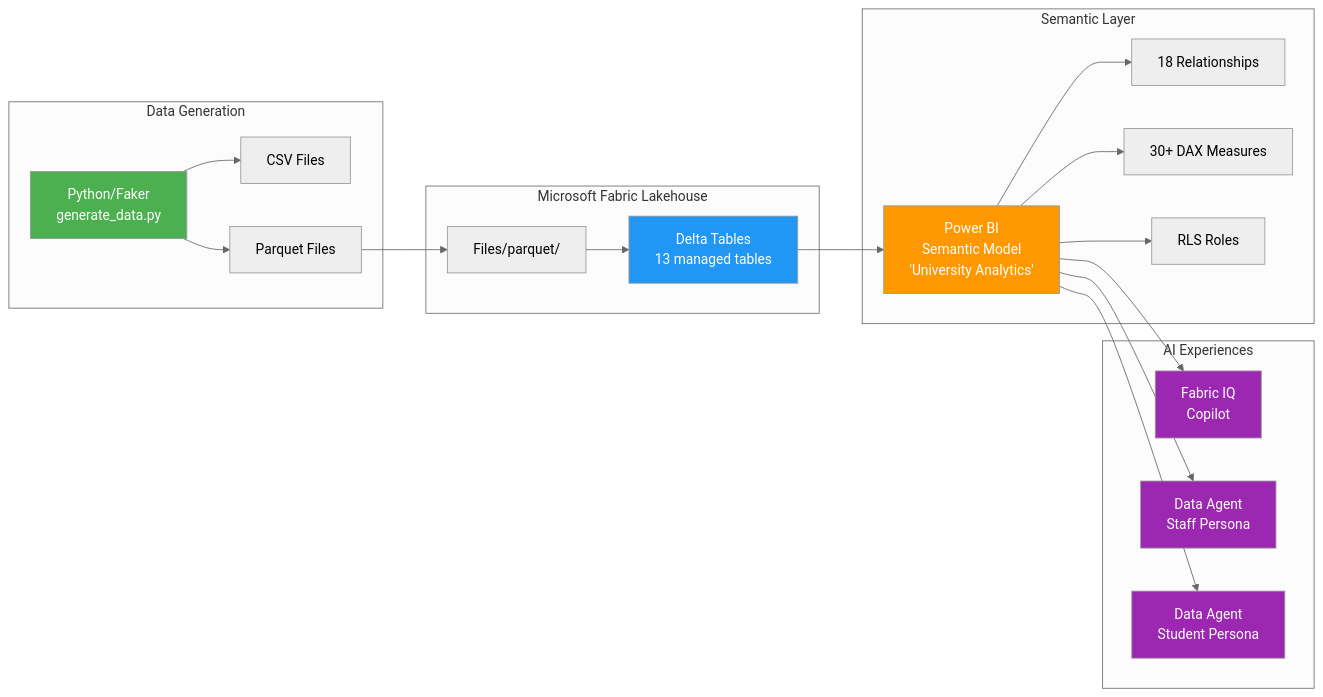
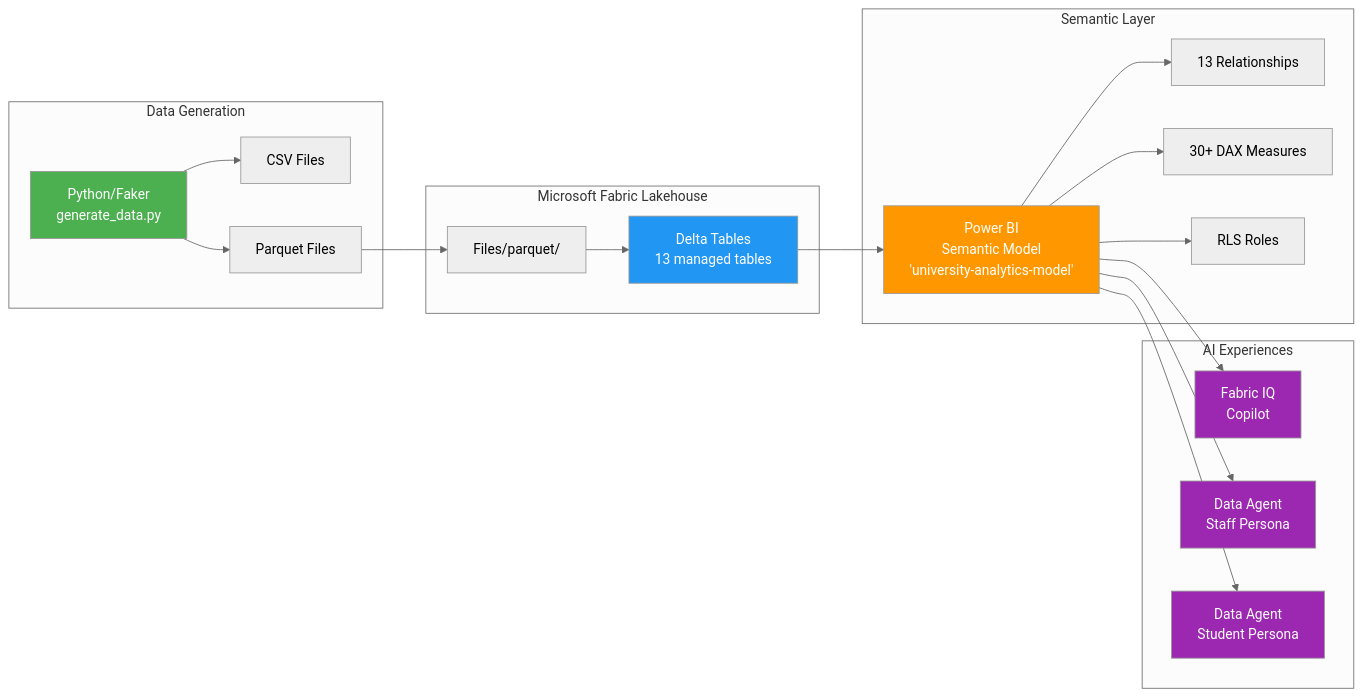
Before and after one commit to Maple0/fabric-edu-day: the first of 2 diagrams in docs/architecture_diagram.md, drawn with Mermaid (neutral theme). The commit also changed other lines of this file and 5 other files, not shown here.

Commit message:
rename semantic model fine tune the relatiionship to remove the dim to dim relationship

````diff
--- a/docs/architecture_diagram.md
+++ b/docs/architecture_diagram.md
@@ -5,32 +5,32 @@
 ```mermaid
 graph LR
     subgraph "Data Generation"
         A[Python/Faker<br>generate_data.py] --> B[CSV Files]
         A --> C[Parquet Files]
     end
 
     subgraph "Microsoft Fabric Lakehouse"
         C --> D[Files/parquet/]
         D --> E[Delta Tables<br>13 managed tables]
     end
 
     subgraph "Semantic Layer"
-        E --> F[Power BI<br>Semantic Model<br>'University Analytics']
-        F --> G[18 Relationships]
+        E --> F[Power BI<br>Semantic Model<br>'university-analytics-model']
+        F --> G[13 Relationships]
         F --> H[30+ DAX Measures]
         F --> I[RLS Roles]
     end
 
     subgraph "AI Experiences"
         F --> J[Fabric IQ<br>Copilot]
         F --> K[Data Agent<br>Staff Persona]
         F --> L[Data Agent<br>Student Persona]
     end
 
     style A fill:#4CAF50,color:#fff
     style E fill:#2196F3,color:#fff
     style F fill:#FF9800,color:#fff
     style J fill:#9C27B0,color:#fff
     style K fill:#9C27B0,color:#fff
     style L fill:#9C27B0,color:#fff
 ```
````
